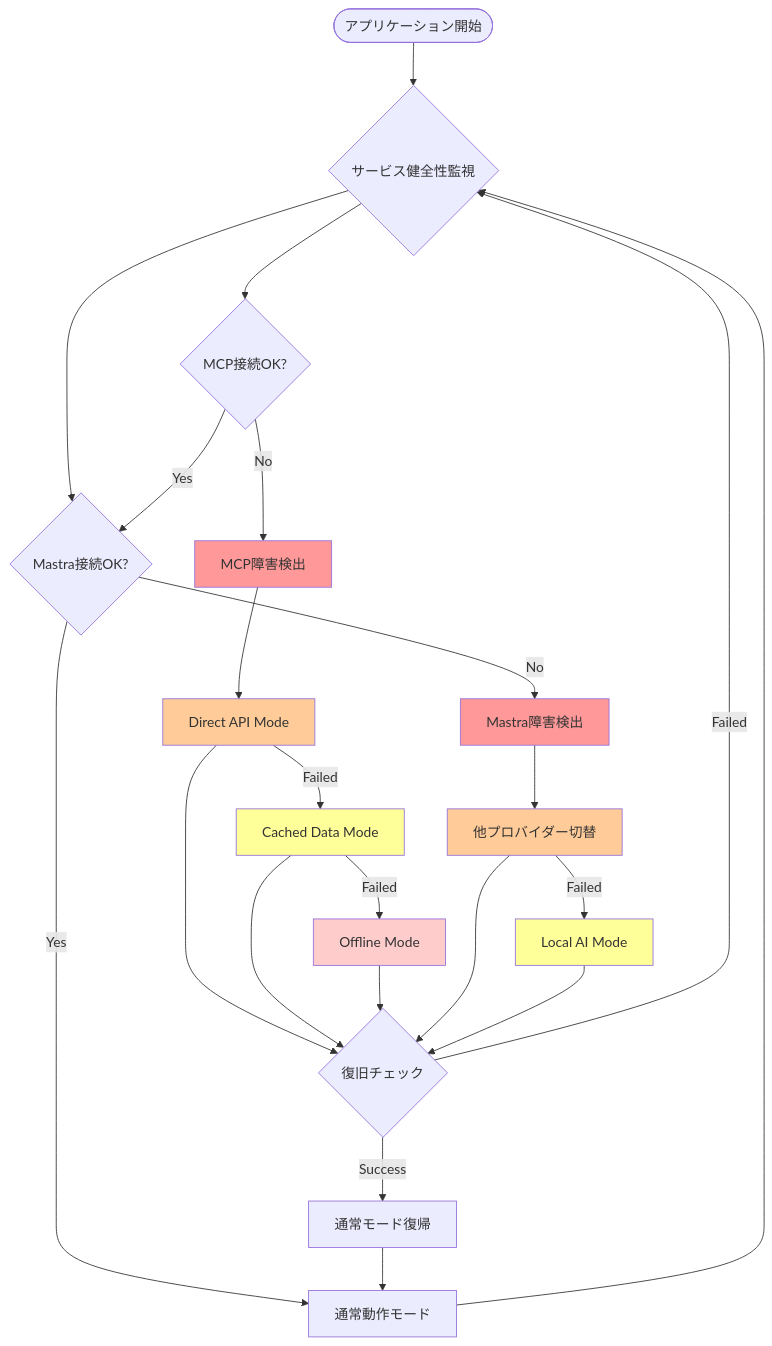
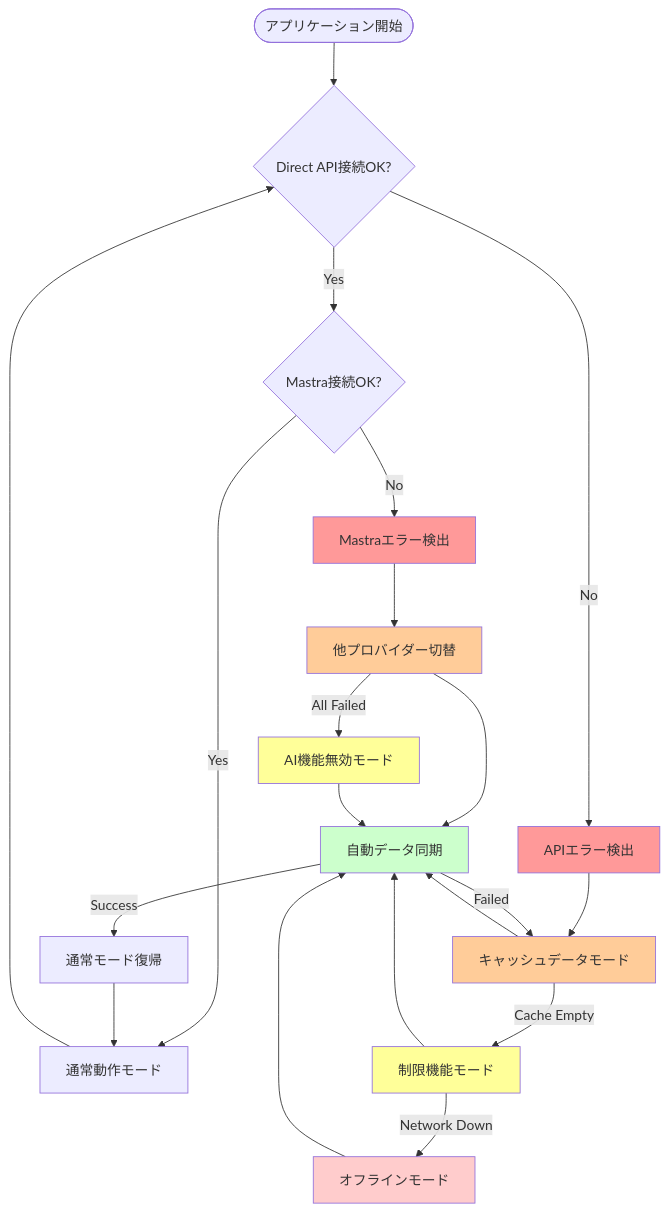
The third of 6 diagrams in .kiro/specs/project-lens-desktop-app/design.md (sumihiro3/project-lens), drawn with Mermaid before and after one commit. The commit also changed other lines of this file and 3 other files, not shown here.

````diff
--- a/.kiro/specs/project-lens-desktop-app/design.md
+++ b/.kiro/specs/project-lens-desktop-app/design.md
@@ -194,57 +172,54 @@
 ```mermaid
 flowchart TD
     Start([アプリケーション開始])
-    Monitor{サービス健全性監視}
 
-    MCPOk{MCP接続OK?}
+    DirectAPIOk{Direct API接続OK?}
     MastraOk{Mastra接続OK?}
 
     NormalOp[通常動作モード]
 
-    MCPFail[MCP障害検出]
-    DirectAPI[Direct API Mode]
-    CachedData[Cached Data Mode]
-    OfflineMode[Offline Mode]
+    APIError[APIエラー検出]
+    CacheMode[キャッシュデータモード]
+    LimitedMode[制限機能モード]
+    OfflineMode[オフラインモード]
 
-    MastraFail[Mastra障害検出]
+    MastraError[Mastraエラー検出]
     ProviderSwitch[他プロバイダー切替]
-    LocalAI[Local AI Mode]
+    NoAIMode[AI機能無効モード]
 
-    Recovery{復旧チェック}
+    AutoSync[自動データ同期]
     RestoreNormal[通常モード復帰]
 
-    Start --> Monitor
-    Monitor --> MCPOk
-    Monitor --> MastraOk
-
-    MCPOk -->|Yes| MastraOk
+    Start --> DirectAPIOk
+    DirectAPIOk -->|Yes| MastraOk
     MastraOk -->|Yes| NormalOp
 
-    MCPOk -->|No| MCPFail
-    MCPFail --> DirectAPI
-    DirectAPI -->|Failed| CachedData
-    CachedData -->|Failed| OfflineMode
+    DirectAPIOk -->|No| APIError
+    APIError --> CacheMode
+    CacheMode -->|Cache Empty| LimitedMode
+    LimitedMode -->|Network Down| OfflineMode
 
-    MastraOk -->|No| MastraFail
-    MastraFail --> ProviderSwitch
-    ProviderSwitch -->|Failed| LocalAI
+    MastraOk -->|No| MastraError
+    MastraError --> ProviderSwitch
+    ProviderSwitch -->|All Failed| NoAIMode
 
-    DirectAPI --> Recovery
-    CachedData --> Recovery
-    OfflineMode --> Recovery
-    ProviderSwitch --> Recovery
-    LocalAI --> Recovery
+    CacheMode --> AutoSync
+    LimitedMode --> AutoSync
+    OfflineMode --> AutoSync
+    ProviderSwitch --> AutoSync
+    NoAIMode --> AutoSync
 
-    Recovery -->|Success| RestoreNormal
-    Recovery -->|Failed| Monitor
+    AutoSync -->|Success| RestoreNormal
+    AutoSync -->|Failed| CacheMode
     RestoreNormal --> NormalOp
-    NormalOp --> Monitor
+    NormalOp --> DirectAPIOk
 
-    style MCPFail fill:#ff9999
-    style MastraFail fill:#ff9999
-    style DirectAPI fill:#ffcc99
+    style APIError fill:#ff9999
+    style MastraError fill:#ff9999
+    style CacheMode fill:#ffcc99
     style ProviderSwitch fill:#ffcc99
-    style CachedData fill:#ffff99
-    style LocalAI fill:#ffff99
+    style LimitedMode fill:#ffff99
+    style NoAIMode fill:#ffff99
     style OfflineMode fill:#ffcccc
+    style AutoSync fill:#ccffcc
 ```
````
